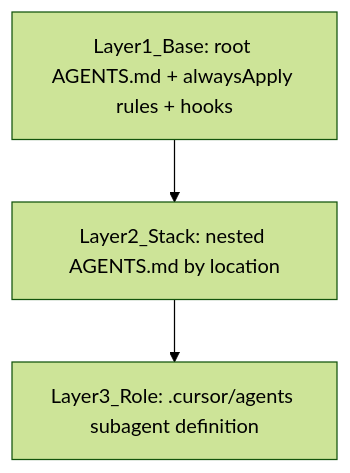
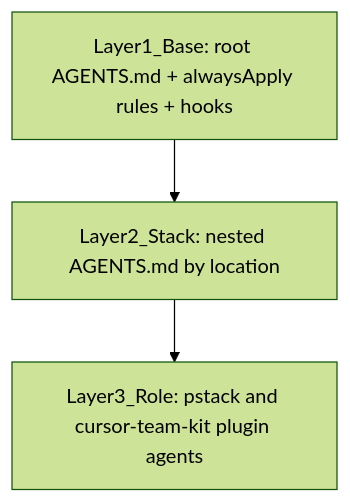
One commit to EdenExperiments/AgenticExperiment changed the diagram in docs/guides/agent-composition-contract.md. Above: the diagram before and after it, drawn with Mermaid (forest theme). The commit also changed other lines of this file and 62 other files, not shown here.

First line of the commit message:
Retire the repo agent pack in favor of pstack and cursor-team-kit.

````diff
--- a/docs/guides/agent-composition-contract.md
+++ b/docs/guides/agent-composition-contract.md
@@ -9,7 +9,7 @@
 ```mermaid
 flowchart TD
     base[Layer1_Base: root AGENTS.md + alwaysApply rules + hooks]
     stack[Layer2_Stack: nested AGENTS.md by location]
-    role[Layer3_Role: .cursor/agents subagent definition]
+    role[Layer3_Role: pstack and cursor-team-kit plugin agents]
     base --> stack --> role
 ```
````
